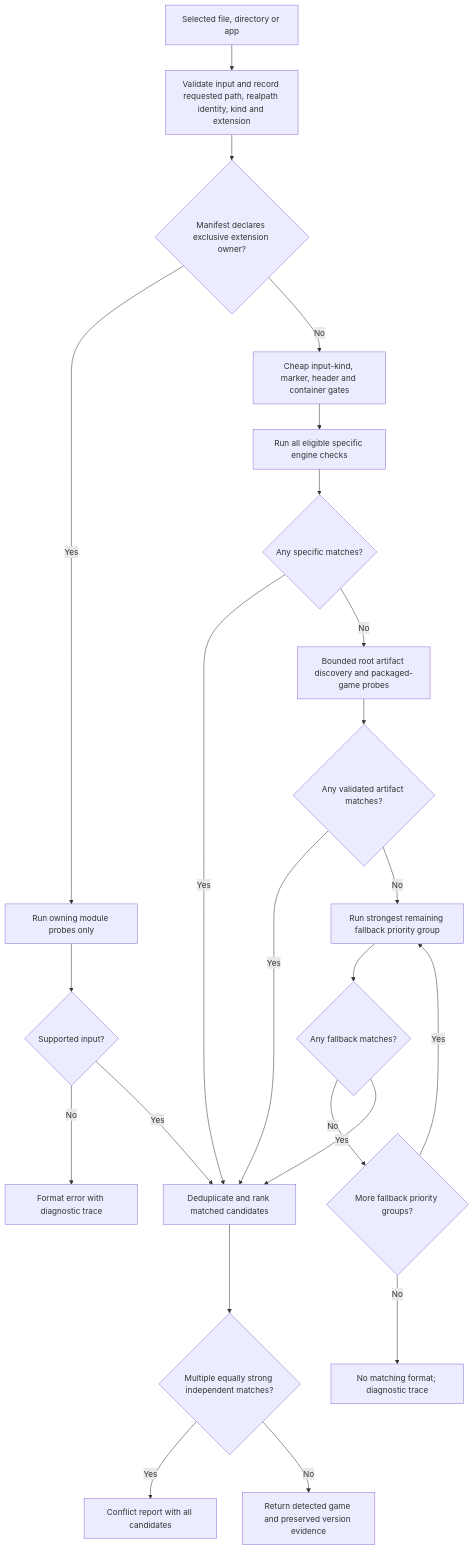
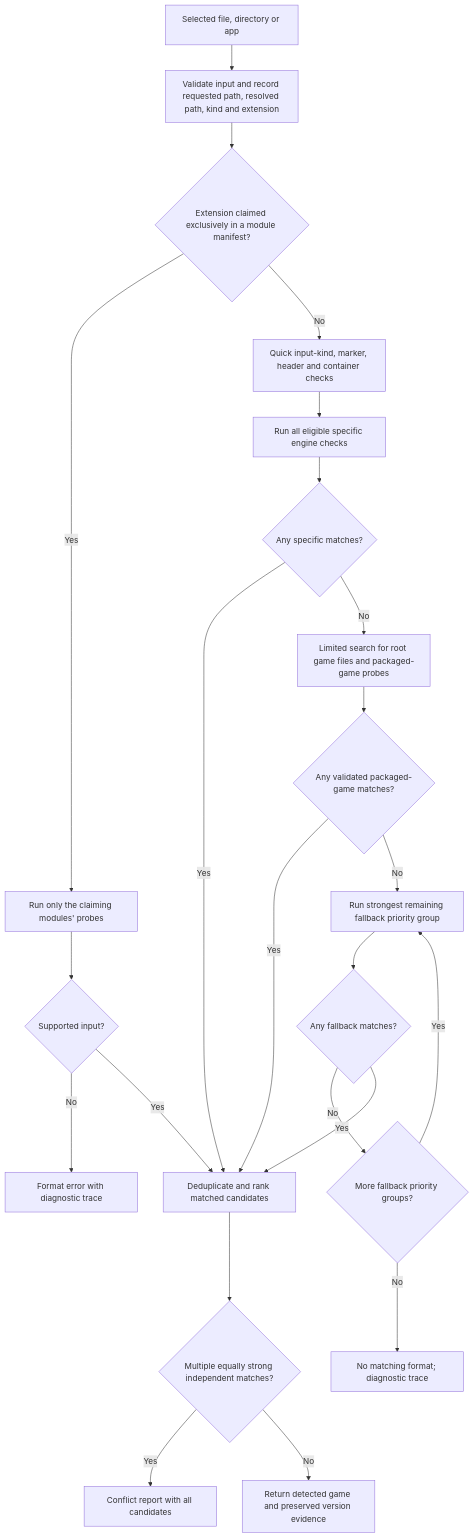
Before and after one commit to procrastinine/maclauncher: the diagram in docs/library/DETECTION.md, drawn with Mermaid. The commit also changed other lines of this file and 148 other files, not shown here.

````diff
--- a/docs/library/DETECTION.md
+++ b/docs/library/DETECTION.md
@@ -21,25 +21,25 @@
 ```mermaid
 flowchart TD
-  Input[Selected file, directory or app] --> Normalize[Validate input and record requested path, realpath identity, kind and extension]
-  Normalize --> Owned{Manifest declares exclusive extension owner?}
-  Owned -->|Yes| OwnedProbe[Run owning module probes only]
+  Input[Selected file, directory or app] --> Normalize[Validate input and record requested path, resolved path, kind and extension]
+  Normalize --> Owned{Extension claimed exclusively in a module manifest?}
+  Owned -->|Yes| OwnedProbe[Run only the claiming modules' probes]
   OwnedProbe --> OwnedMatch{Supported input?}
   OwnedMatch -->|No| Invalid[Format error with diagnostic trace]
   OwnedMatch -->|Yes| Aggregate[Deduplicate and rank matched candidates]
-  Owned -->|No| Gates[Cheap input-kind, marker, header and container gates]
+  Owned -->|No| Gates[Quick input-kind, marker, header and container checks]
   Gates --> Specific[Run all eligible specific engine checks]
   Specific --> SpecificMatch{Any specific matches?}
   SpecificMatch -->|Yes| Aggregate
-  SpecificMatch -->|No| Artifacts[Bounded root artifact discovery and packaged-game probes]
-  Artifacts --> ArtifactMatch{Any validated artifact matches?}
+  SpecificMatch -->|No| Artifacts[Limited search for root game files and packaged-game probes]
+  Artifacts --> ArtifactMatch{Any validated packaged-game matches?}
   ArtifactMatch -->|Yes| Aggregate
   ArtifactMatch -->|No| Fallback[Run strongest remaining fallback priority group]
   Fallback --> FallbackMatch{Any fallback matches?}
   FallbackMatch -->|No| Remaining{More fallback priority groups?}
   Remaining -->|Yes| Fallback
   Remaining -->|No| Unknown[No matching format; diagnostic trace]
   FallbackMatch -->|Yes| Aggregate
   Aggregate --> Conflict{Multiple equally strong independent matches?}
   Conflict -->|Yes| Ambiguous[Conflict report with all candidates]
   Conflict -->|No| Selected[Return detected game and preserved version evidence]
 ```
````
